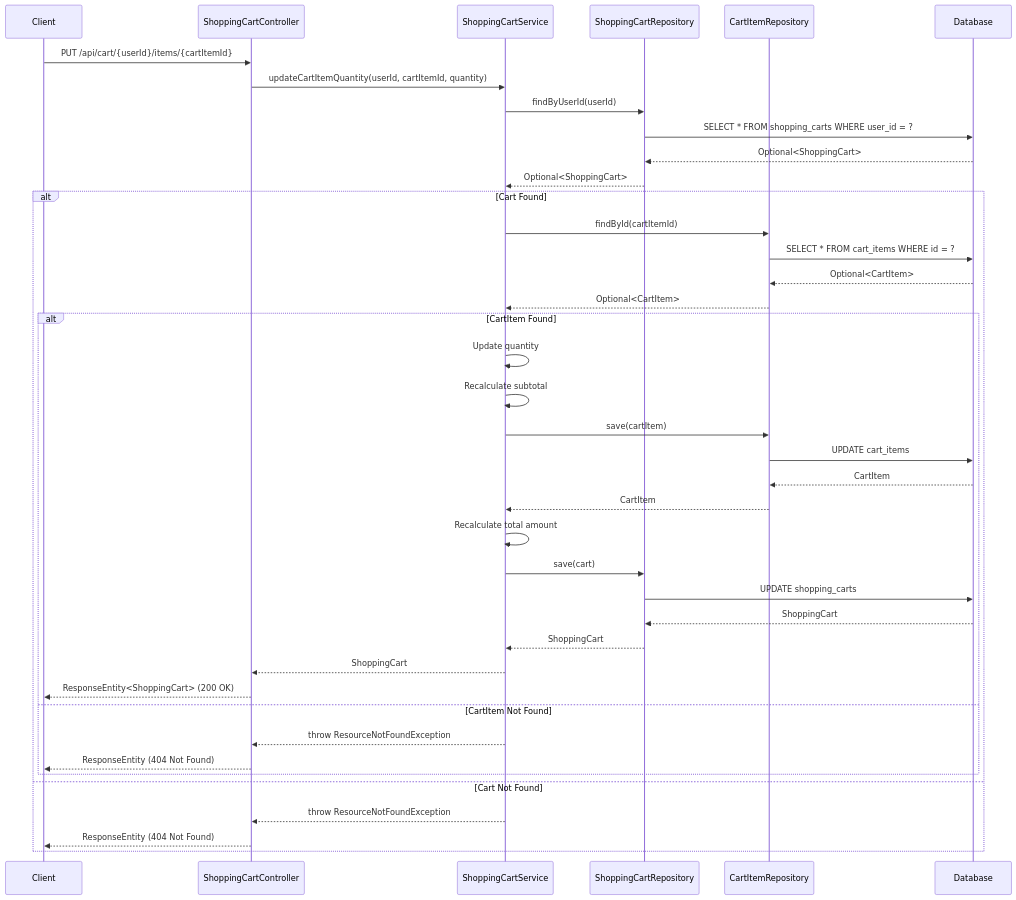
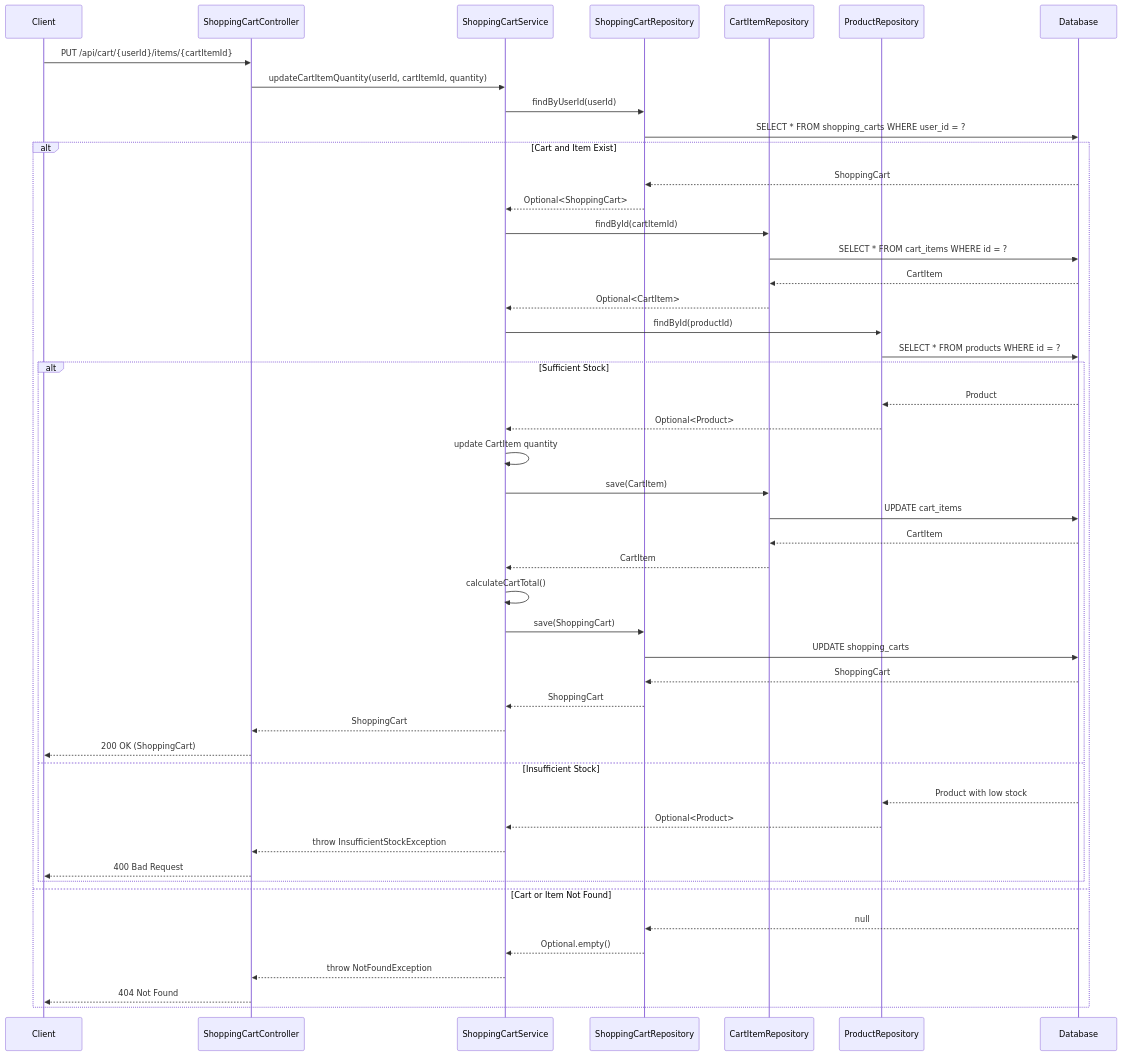
One commit to NavneetBN47/aava-ecom-demo changed diagram 12 of 13 in docs/LLD/modified_lld.md. Above: the diagram before and after it, drawn with Mermaid. The commit also changed other lines of this file, not shown here.

````diff
--- a/docs/LLD/modified_lld.md
+++ b/docs/LLD/modified_lld.md
@@ -457,45 +468,53 @@
 ```mermaid
 sequenceDiagram
     participant Client
     participant ShoppingCartController
     participant ShoppingCartService
     participant ShoppingCartRepository
     participant CartItemRepository
+    participant ProductRepository
     participant Database
 
     Client->>ShoppingCartController: PUT /api/cart/{userId}/items/{cartItemId}
     ShoppingCartController->>ShoppingCartService: updateCartItemQuantity(userId, cartItemId, quantity)
     ShoppingCartService->>ShoppingCartRepository: findByUserId(userId)
     ShoppingCartRepository->>Database: SELECT * FROM shopping_carts WHERE user_id = ?
-    Database-->>ShoppingCartRepository: Optional<ShoppingCart>
-    ShoppingCartRepository-->>ShoppingCartService: Optional<ShoppingCart>
     
-    alt Cart Found
+    alt Cart and Item Exist
+        Database-->>ShoppingCartRepository: ShoppingCart
+        ShoppingCartRepository-->>ShoppingCartService: Optional<ShoppingCart>
         ShoppingCartService->>CartItemRepository: findById(cartItemId)
         CartItemRepository->>Database: SELECT * FROM cart_items WHERE id = ?
-        Database-->>CartItemRepository: Optional<CartItem>
+        Database-->>CartItemRepository: CartItem
         CartItemRepository-->>ShoppingCartService: Optional<CartItem>
+        ShoppingCartService->>ProductRepository: findById(productId)
+        ProductRepository->>Database: SELECT * FROM products WHERE id = ?
         
-        alt CartItem Found
-            ShoppingCartService->>ShoppingCartService: Update quantity
-            ShoppingCartService->>ShoppingCartService: Recalculate subtotal
-            ShoppingCartService->>CartItemRepository: save(cartItem)
+        alt Sufficient Stock
+            Database-->>ProductRepository: Product
+            ProductRepository-->>ShoppingCartService: Optional<Product>
+            ShoppingCartService->>ShoppingCartService: update CartItem quantity
+            ShoppingCartService->>CartItemRepository: save(CartItem)
             CartItemRepository->>Database: UPDATE cart_items
             Database-->>CartItemRepository: CartItem
             CartItemRepository-->>ShoppingCartService: CartItem
-            ShoppingCartService->>ShoppingCartService: Recalculate total amount
-            ShoppingCartService->>ShoppingCartRepository: save(cart)
+            ShoppingCartService->>ShoppingCartService: calculateCartTotal()
+            ShoppingCartService->>ShoppingCartRepository: save(ShoppingCart)
             ShoppingCartRepository->>Database: UPDATE shopping_carts
             Database-->>ShoppingCartRepository: ShoppingCart
             ShoppingCartRepository-->>ShoppingCartService: ShoppingCart
             ShoppingCartService-->>ShoppingCartController: ShoppingCart
-            ShoppingCartController-->>Client: ResponseEntity<ShoppingCart> (200 OK)
-        else CartItem Not Found
-            ShoppingCartService-->>ShoppingCartController: throw ResourceNotFoundException
-            ShoppingCartController-->>Client: ResponseEntity (404 Not Found)
+            ShoppingCartController-->>Client: 200 OK (ShoppingCart)
+        else Insufficient Stock
+            Database-->>ProductRepository: Product with low stock
+            ProductRepository-->>ShoppingCartService: Optional<Product>
+            ShoppingCartService-->>ShoppingCartController: throw InsufficientStockException
+            ShoppingCartController-->>Client: 400 Bad Request
         end
-    else Cart Not Found
-        ShoppingCartService-->>ShoppingCartController: throw ResourceNotFoundException
-        ShoppingCartController-->>Client: ResponseEntity (404 Not Found)
+    else Cart or Item Not Found
+        Database-->>ShoppingCartRepository: null
+        ShoppingCartRepository-->>ShoppingCartService: Optional.empty()
+        ShoppingCartService-->>ShoppingCartController: throw NotFoundException
+        ShoppingCartController-->>Client: 404 Not Found
     end
 ```
````
